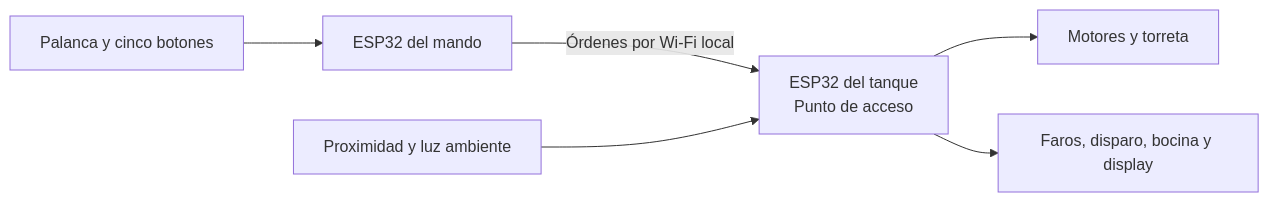
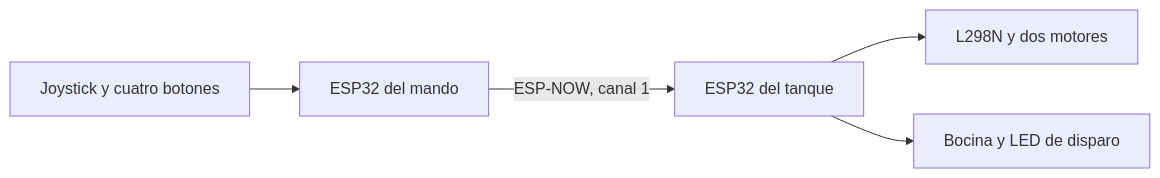
Before and after one commit to JuanerArg/TL1ESP32_UNSAM: the diagram in README.md, drawn with Mermaid. The commit also changed other lines of this file, not shown here.

````diff
--- a/README.md
+++ b/README.md
@@ -45,8 +79,7 @@
 ```mermaid
 flowchart LR
-    A["Palanca y cinco botones"] --> B["ESP32 del mando"]
-    B -->|"Órdenes por Wi-Fi local"| C["ESP32 del tanque<br/>Punto de acceso"]
-    D["Proximidad y luz ambiente"] --> C
-    C --> E["Motores y torreta"]
-    C --> F["Faros, disparo, bocina y display"]
+    A[Joystick y cuatro botones] --> B[ESP32 del mando]
+    B -->|ESP-NOW, canal 1| C[ESP32 del tanque]
+    C --> D[L298N y dos motores]
+    C --> E[Bocina y LED de disparo]
 ```
````
